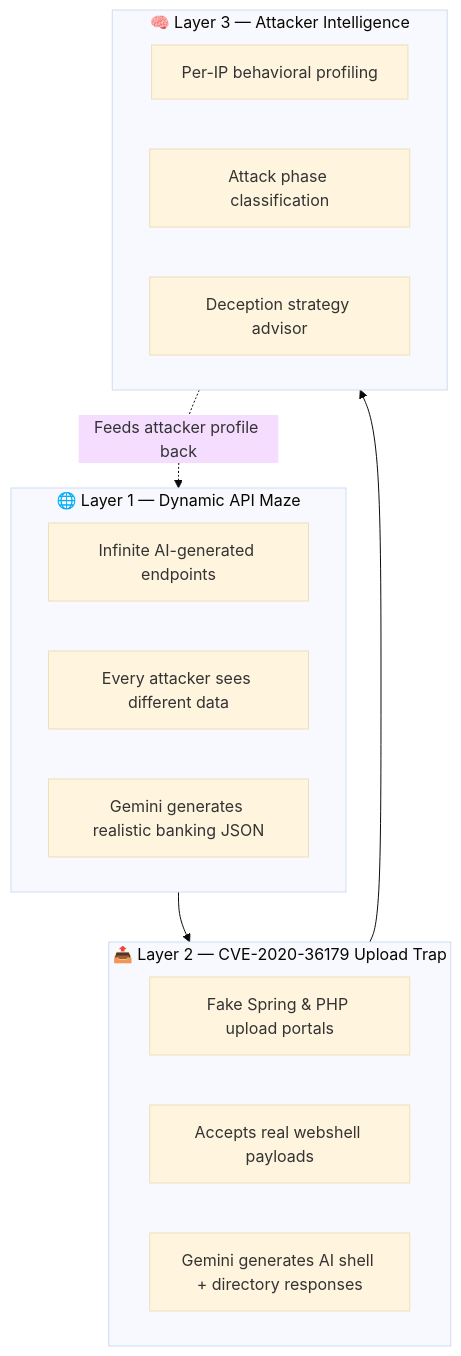
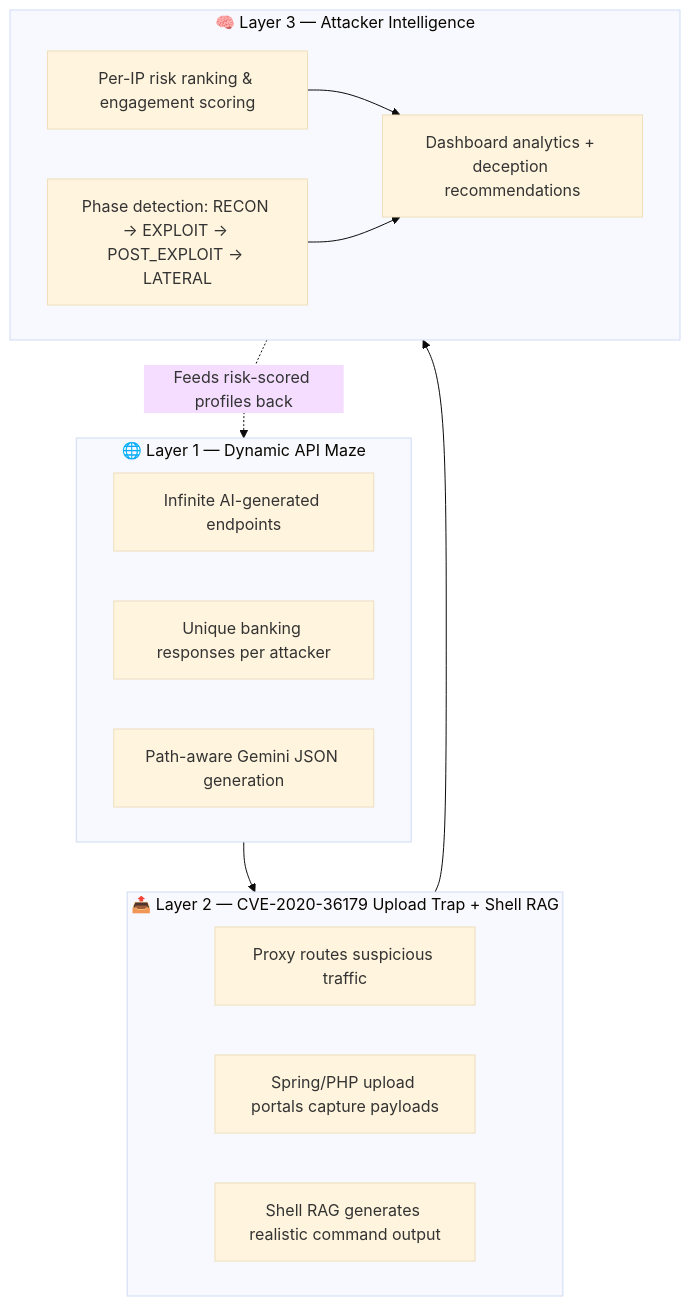
One commit to Mark-Meka/Maze-Myth-Dynamic-Honeypot changed the first of 7 diagrams in README.md. Above: the diagram before and after it, drawn with Mermaid (base theme). The commit also changed other lines of this file and 41 other files, not shown here.

````diff
--- a/README.md
+++ b/README.md
@@ -25,24 +25,26 @@
 ```mermaid
 graph TB
     subgraph L1["🌐 Layer 1 — Dynamic API Maze"]
         A1["Infinite AI-generated endpoints"]
-        A2["Every attacker sees different data"]
-        A3["Gemini generates realistic banking JSON"]
+        A2["Unique banking responses per attacker"]
+        A3["Path-aware Gemini JSON generation"]
     end
 
-    subgraph L2["📤 Layer 2 — CVE-2020-36179 Upload Trap"]
-        B1["Fake Spring & PHP upload portals"]
-        B2["Accepts real webshell payloads"]
-        B3["Gemini generates AI shell + directory responses"]
+    subgraph L2["📤 Layer 2 — CVE-2020-36179 Upload Trap + Shell RAG"]
+        B1["Proxy routes suspicious traffic"]
+        B2["Spring/PHP upload portals capture payloads"]
+        B3["Shell RAG generates realistic command output"]
     end
 
     subgraph L3["🧠 Layer 3 — Attacker Intelligence"]
-        C1["Per-IP behavioral profiling"]
-        C2["Attack phase classification"]
-        C3["Deception strategy advisor"]
+        C1["Per-IP risk ranking & engagement scoring"]
+        C2["Phase detection: RECON → EXPLOIT → POST_EXPLOIT → LATERAL"]
+        C3["Dashboard analytics + deception recommendations"]
     end
 
     L1 --> L2
     L2 --> L3
-    L3 -.->|"Feeds attacker profile back"| L1
+    L3 -.->|"Feeds risk-scored profiles back"| L1
+    C1 --> C3
+    C2 --> C3
 ```
````
